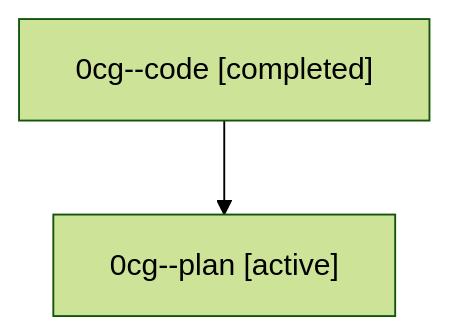
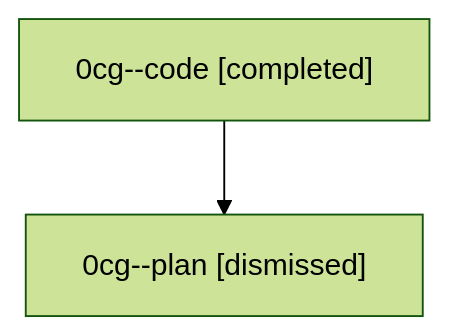
The diagram in sessions/bbugyi200.athena.0cg.md (sase-org/sase--agents), drawn with Mermaid (forest theme) before and after one commit. The commit also changed other lines of this file and 17 other files, not shown here.

````diff
--- a/sessions/bbugyi200.athena.0cg.md
+++ b/sessions/bbugyi200.athena.0cg.md
@@ -9,6 +9,6 @@
 ```mermaid
 flowchart TD
   n0["0cg--code [completed]"]
-  n1["0cg--plan [active]"]
+  n1["0cg--plan [dismissed]"]
   n0 --> n1
 ```
````
